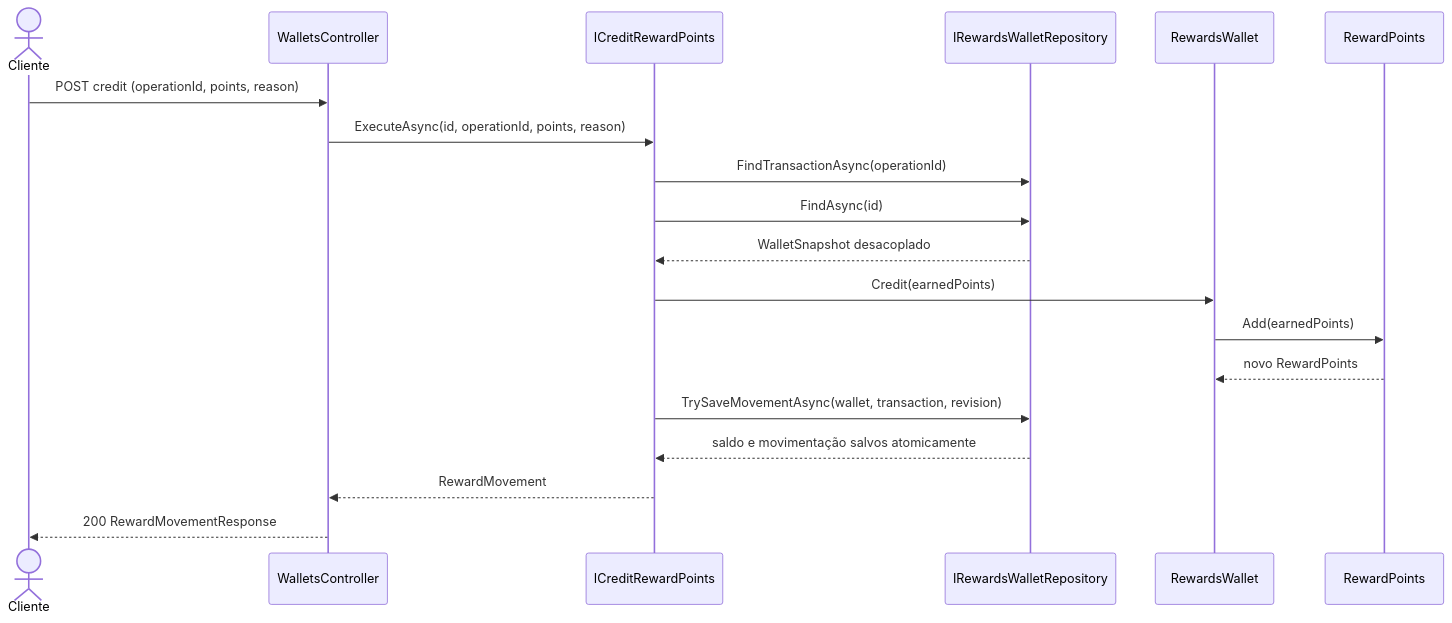
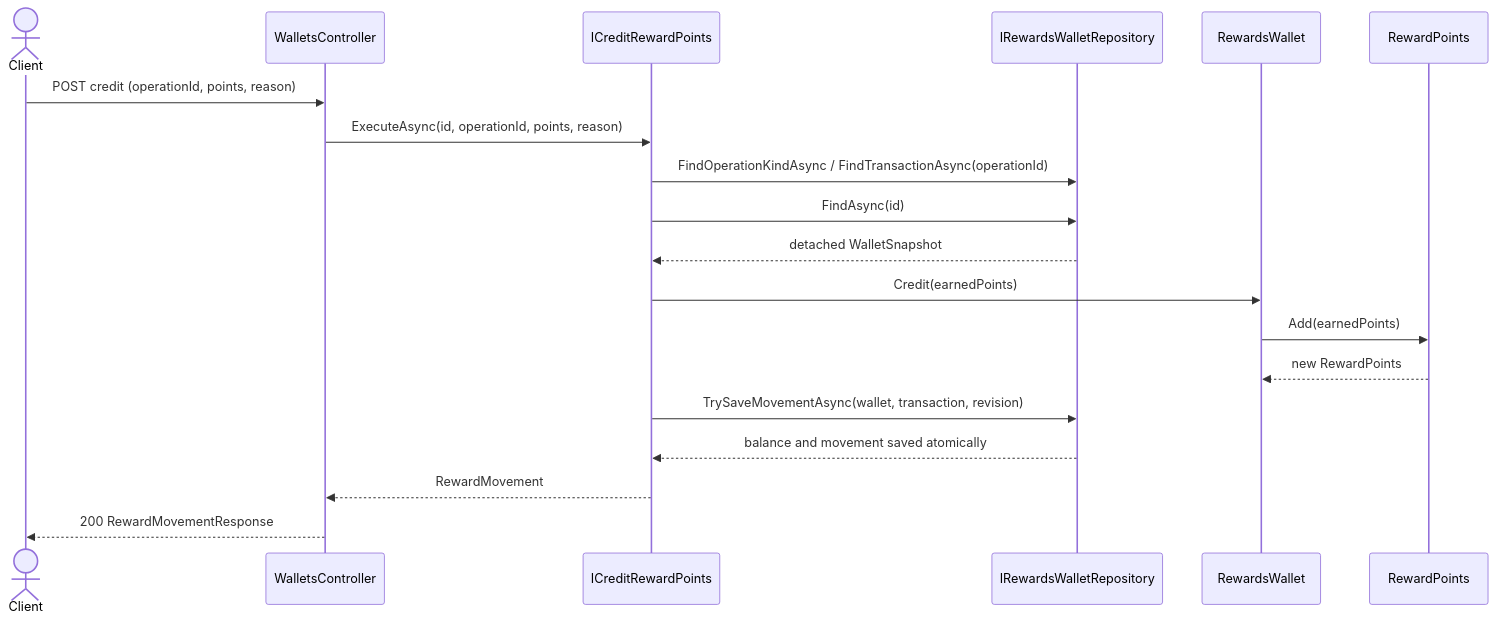
The first of 4 diagrams in README.pt-BR.md (rfulgencio3/RewardFlow.SuppleDesign), drawn with Mermaid before and after one commit. The commit also changed other lines of this file and 48 other files, not shown here.

```diff
--- a/README.pt-BR.md
+++ b/README.pt-BR.md
@@ -196,22 +215,22 @@
 ~~~mermaid
 sequenceDiagram
-    actor Cliente
+    actor Client
     participant API as WalletsController
-    participant CasoDeUso as ICreditRewardPoints
-    participant Repositorio as IRewardsWalletRepository
-    participant Carteira as RewardsWallet
-    participant Pontos as RewardPoints
+    participant UseCase as ICreditRewardPoints
+    participant Repository as IRewardsWalletRepository
+    participant Wallet as RewardsWallet
+    participant Points as RewardPoints
 
-    Cliente->>API: POST credit (operationId, points, reason)
-    API->>CasoDeUso: ExecuteAsync(id, operationId, points, reason)
-    CasoDeUso->>Repositorio: FindTransactionAsync(operationId)
-    CasoDeUso->>Repositorio: FindAsync(id)
-    Repositorio-->>CasoDeUso: WalletSnapshot desacoplado
-    CasoDeUso->>Carteira: Credit(earnedPoints)
-    Carteira->>Pontos: Add(earnedPoints)
-    Pontos-->>Carteira: novo RewardPoints
-    CasoDeUso->>Repositorio: TrySaveMovementAsync(wallet, transaction, revision)
-    Repositorio-->>CasoDeUso: saldo e movimentação salvos atomicamente
-    CasoDeUso-->>API: RewardMovement
-    API-->>Cliente: 200 RewardMovementResponse
+    Client->>API: POST credit (operationId, points, reason)
+    API->>UseCase: ExecuteAsync(id, operationId, points, reason)
+    UseCase->>Repository: FindOperationKindAsync / FindTransactionAsync(operationId)
+    UseCase->>Repository: FindAsync(id)
+    Repository-->>UseCase: detached WalletSnapshot
+    UseCase->>Wallet: Credit(earnedPoints)
+    Wallet->>Points: Add(earnedPoints)
+    Points-->>Wallet: new RewardPoints
+    UseCase->>Repository: TrySaveMovementAsync(wallet, transaction, revision)
+    Repository-->>UseCase: balance and movement saved atomically
+    UseCase-->>API: RewardMovement
+    API-->>Client: 200 RewardMovementResponse
 ~~~
```
